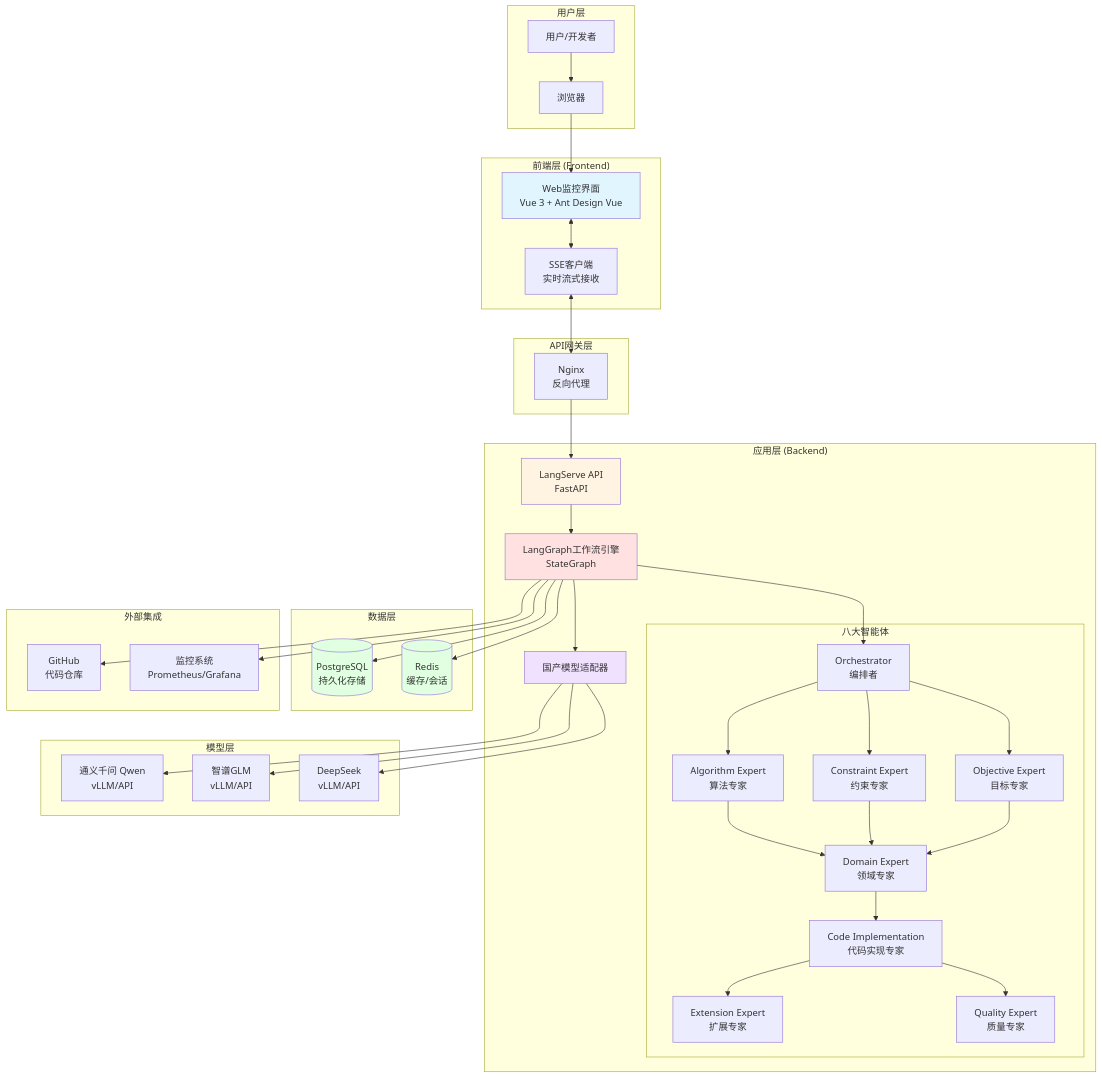
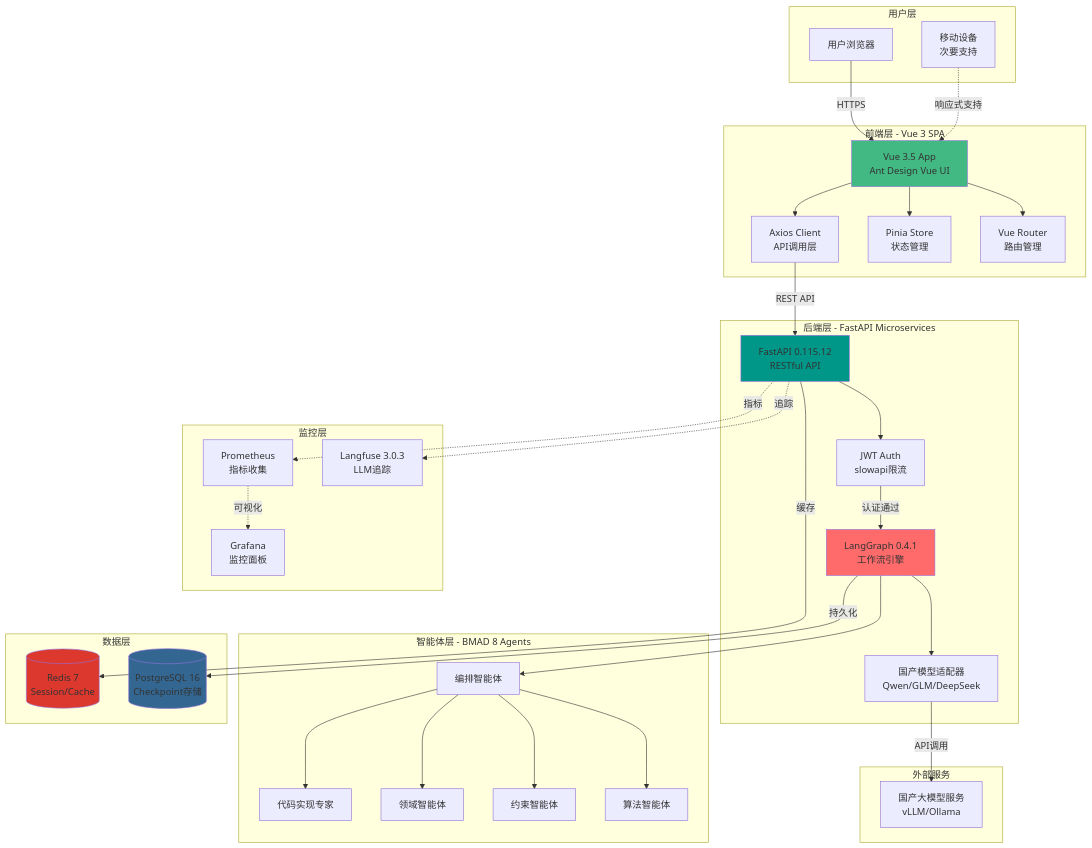
The first of 5 diagrams in docs/architecture.md (QQhuxuhui/BMAD-METHOD), drawn with Mermaid before and after one commit. The commit also changed other lines of this file and 19 other files, not shown here.

````diff
--- a/docs/architecture.md
+++ b/docs/architecture.md
@@ -119,86 +112,75 @@
 ```mermaid
 graph TB
     subgraph "用户层"
-        User[用户/开发者]
-        Browser[浏览器]
+        User[用户浏览器]
+        Mobile[移动设备<br/>次要支持]
     end
 
-    subgraph "前端层 (Frontend)"
-        WebUI[Web监控界面<br/>Vue 3 + Ant Design Vue]
-        SSE[SSE客户端<br/>实时流式接收]
+    subgraph "前端层 - Vue 3 SPA"
+        VueApp[Vue 3.5 App<br/>Ant Design Vue UI]
+        Router[Vue Router<br/>路由管理]
+        Store[Pinia Store<br/>状态管理]
+        APIClient[Axios Client<br/>API调用层]
     end
 
-    subgraph "API网关层"
-        Nginx[Nginx<br/>反向代理]
+    subgraph "后端层 - FastAPI Microservices"
+        FastAPI[FastAPI 0.115.12<br/>RESTful API]
+        Auth[JWT Auth<br/>slowapi限流]
+        LangGraph[LangGraph 0.4.1<br/>工作流引擎]
+        ModelAdapter[国产模型适配器<br/>Qwen/GLM/DeepSeek]
     end
 
-    subgraph "应用层 (Backend)"
-        LangServe[LangServe API<br/>FastAPI]
-        WorkflowEngine[LangGraph工作流引擎<br/>StateGraph]
-
-        subgraph "八大智能体"
-            Orchestrator[Orchestrator<br/>编排者]
-            Algorithm[Algorithm Expert<br/>算法专家]
-            Constraint[Constraint Expert<br/>约束专家]
-            Objective[Objective Expert<br/>目标专家]
-            Domain[Domain Expert<br/>领域专家]
-            CodeImpl[Code Implementation<br/>代码实现专家]
-            Extension[Extension Expert<br/>扩展专家]
-            Quality[Quality Expert<br/>质量专家]
-        end
-
-        ModelAdapter[国产模型适配器]
-    end
-
-    subgraph "模型层"
-        Qwen[通义千问 Qwen<br/>vLLM/API]
-        GLM[智谱GLM<br/>vLLM/API]
-        DeepSeek[DeepSeek<br/>vLLM/API]
+    subgraph "智能体层 - BMAD 8 Agents"
+        Orchestrator[编排智能体]
+        Algorithm[算法智能体]
+        Constraint[约束智能体]
+        Domain[领域智能体]
+        Code[代码实现专家]
     end
 
     subgraph "数据层"
-        PostgreSQL[(PostgreSQL<br/>持久化存储)]
-        Redis[(Redis<br/>缓存/会话)]
+        PostgreSQL[(PostgreSQL 16<br/>Checkpoint存储)]
+        Redis[(Redis 7<br/>Session/Cache)]
     end
 
-    subgraph "外部集成"
-        GitHub[GitHub<br/>代码仓库]
-        Monitoring[监控系统<br/>Prometheus/Grafana]
+    subgraph "监控层"
+        Langfuse[Langfuse 3.0.3<br/>LLM追踪]
+        Prometheus[Prometheus<br/>指标收集]
+        Grafana[Grafana<br/>监控面板]
     end
 
-    User --> Browser
-    Browser --> WebUI
-    WebUI <--> SSE
-    SSE <--> Nginx
-    Nginx --> LangServe
+    subgraph "外部服务"
+        LLM[国产大模型服务<br/>vLLM/Ollama]
+    end
 
-    LangServe --> WorkflowEngine
-    WorkflowEngine --> Orchestrator
+    User -->|HTTPS| VueApp
+    Mobile -.->|响应式支持| VueApp
+    VueApp --> Router
+    VueApp --> Store
+    VueApp --> APIClient
+
+    APIClient -->|REST API| FastAPI
+    FastAPI --> Auth
+    Auth -->|认证通过| LangGraph
+
+    LangGraph --> ModelAdapter
+    LangGraph --> Orchestrator
     Orchestrator --> Algorithm
     Orchestrator --> Constraint
-    Orchestrator --> Objective
-    Algorithm --> Domain
-    Constraint --> Domain
-    Objective --> Domain
-    Domain --> CodeImpl
-    CodeImpl --> Extension
-    CodeImpl --> Quality
+    Orchestrator --> Domain
+    Orchestrator --> Code
 
-    WorkflowEngine --> ModelAdapter
-    ModelAdapter --> Qwen
-    ModelAdapter --> GLM
-    ModelAdapter --> DeepSeek
+    ModelAdapter -->|API调用| LLM
+    LangGraph -->|持久化| PostgreSQL
+    FastAPI -->|缓存| Redis
 
-    WorkflowEngine --> PostgreSQL
-    WorkflowEngine --> Redis
+    FastAPI -.->|追踪| Langfuse
+    FastAPI -.->|指标| Prometheus
+    Prometheus -.->|可视化| Grafana
 
-    WorkflowEngine --> GitHub
-    WorkflowEngine --> Monitoring
-
-    style WebUI fill:#e1f5ff
-    style LangServe fill:#fff4e1
-    style WorkflowEngine fill:#ffe1e1
-    style ModelAdapter fill:#f0e1ff
-    style PostgreSQL fill:#e1ffe1
-    style Redis fill:#e1ffe1
+    style VueApp fill:#42b883
+    style FastAPI fill:#009688
+    style LangGraph fill:#ff6b6b
+    style PostgreSQL fill:#336791
+    style Redis fill:#dc382d
 ```
````
